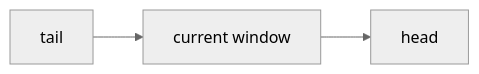
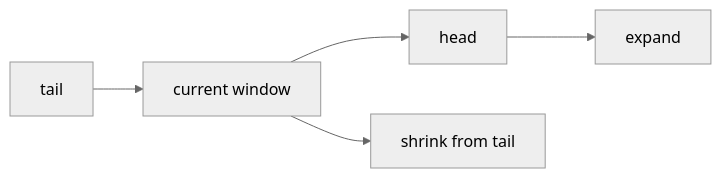
The fifth of 36 diagrams in CP_DSA_NOTES/CONCEPT_FRAMEWORK_FORMS_TATICS/two_pointers_sliding_window_playbook.md (mthaiseer/springcloud-systemdesign-notes), drawn with Mermaid (neutral theme) before and after one commit. The commit also changed other lines of this file, not shown here.

````diff
--- a/CP_DSA_NOTES/CONCEPT_FRAMEWORK_FORMS_TATICS/two_pointers_sliding_window_playbook.md
+++ b/CP_DSA_NOTES/CONCEPT_FRAMEWORK_FORMS_TATICS/two_pointers_sliding_window_playbook.md
@@ -153,5 +183,7 @@
 ```mermaid
 flowchart LR
     A["tail"] --> B["current window"]
     B --> C["head"]
+    C --> D["expand"]
+    B --> E["shrink from tail"]
 ```
````
